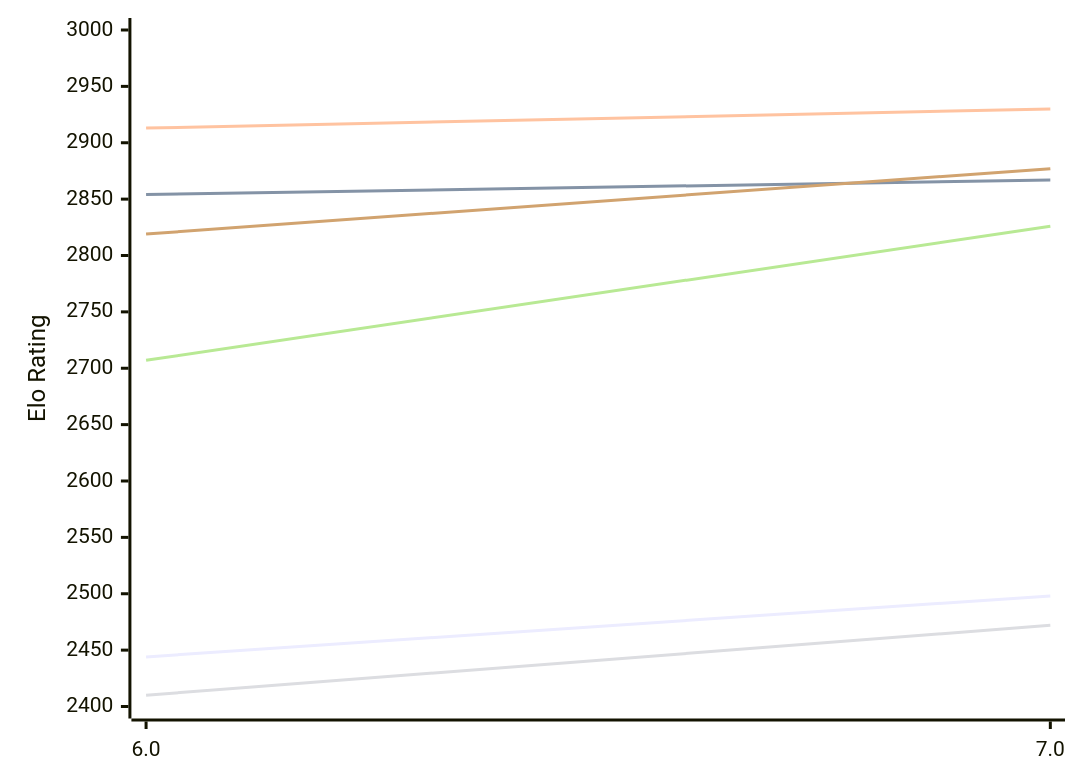
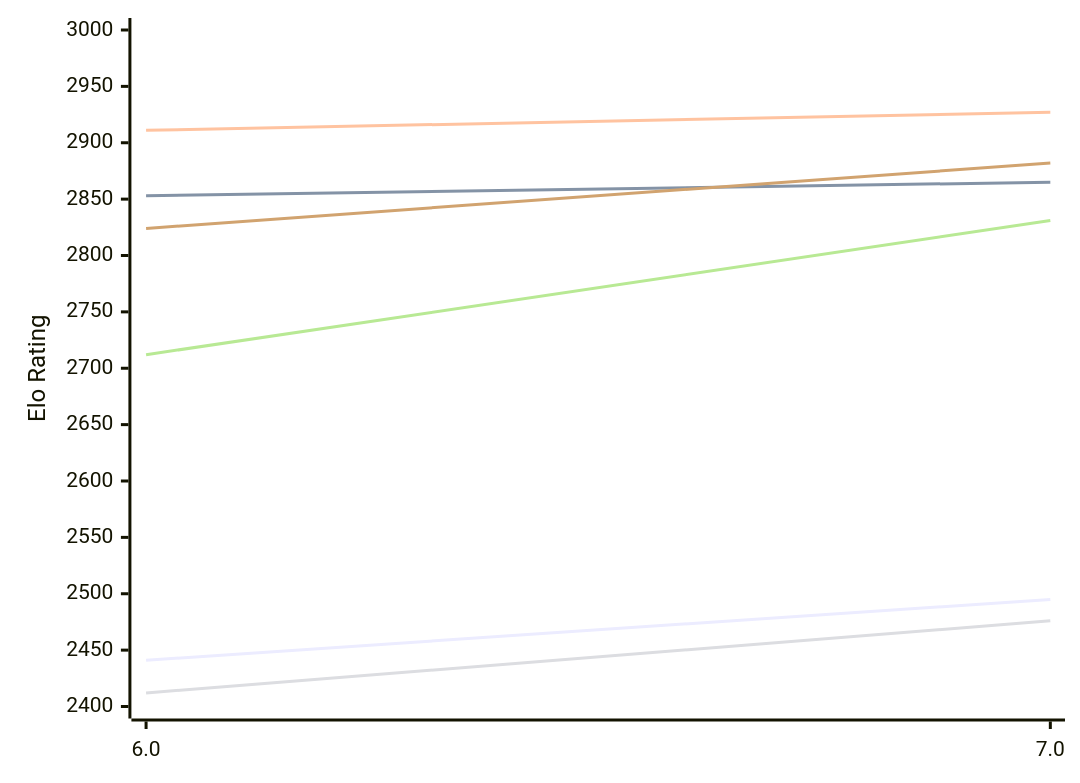
Before and after one commit to computer-chess-index/cci: the first of 2 diagrams in engines/tomitankChess.md, drawn with Mermaid. The commit also changed other lines of this file, not shown here.

Commit message:
Update CCI Ratings (ELO VLTC) - 2026-11-23

````diff
--- a/engines/tomitankChess.md
+++ b/engines/tomitankChess.md
@@ -51,12 +51,12 @@
 ```mermaid
 %%{init: {"theme":"base","themeVariables":{"seriesColors:['#a3a3a3','#222221','#faa371']}}}%%
 xychart-beta
   x-axis ["6.0", "7.0"]
   y-axis "Elo Rating" 2400 --> 3000
-  line "E1: STC (8.0+0.08s)" [2444, 2498]
-  line "E1: LTC (60.0+0.60s)" [2854, 2867]
-  line "E1: VLTC (2m24s+1.12s)" [2913, 2930]
-  line "P1: STC (8.0+0.08s)" [2410, 2472]
-  line "P1: LTC (60.0+0.60s)" [2707, 2826]
-  line "P1: VLTC (2m24s+1.12s)" [2819, 2877]
+  line "E1: STC (8.0+0.08s)" [2441, 2495]
+  line "E1: LTC (60.0+0.60s)" [2853, 2865]
+  line "E1: VLTC (2m24s+1.12s)" [2911, 2927]
+  line "P1: STC (8.0+0.08s)" [2412, 2476]
+  line "P1: LTC (60.0+0.60s)" [2712, 2831]
+  line "P1: VLTC (2m24s+1.12s)" [2824, 2882]
 ```
````
